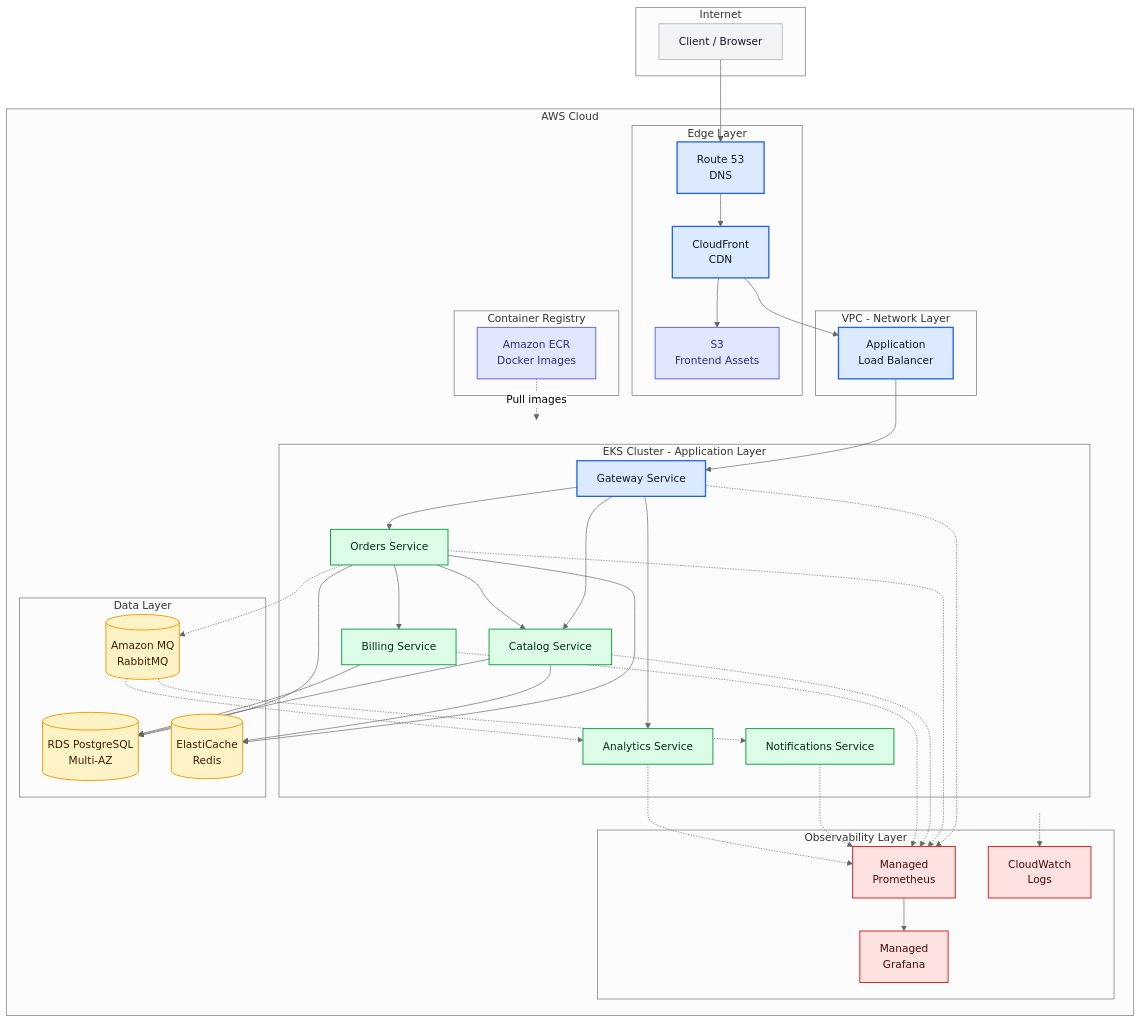
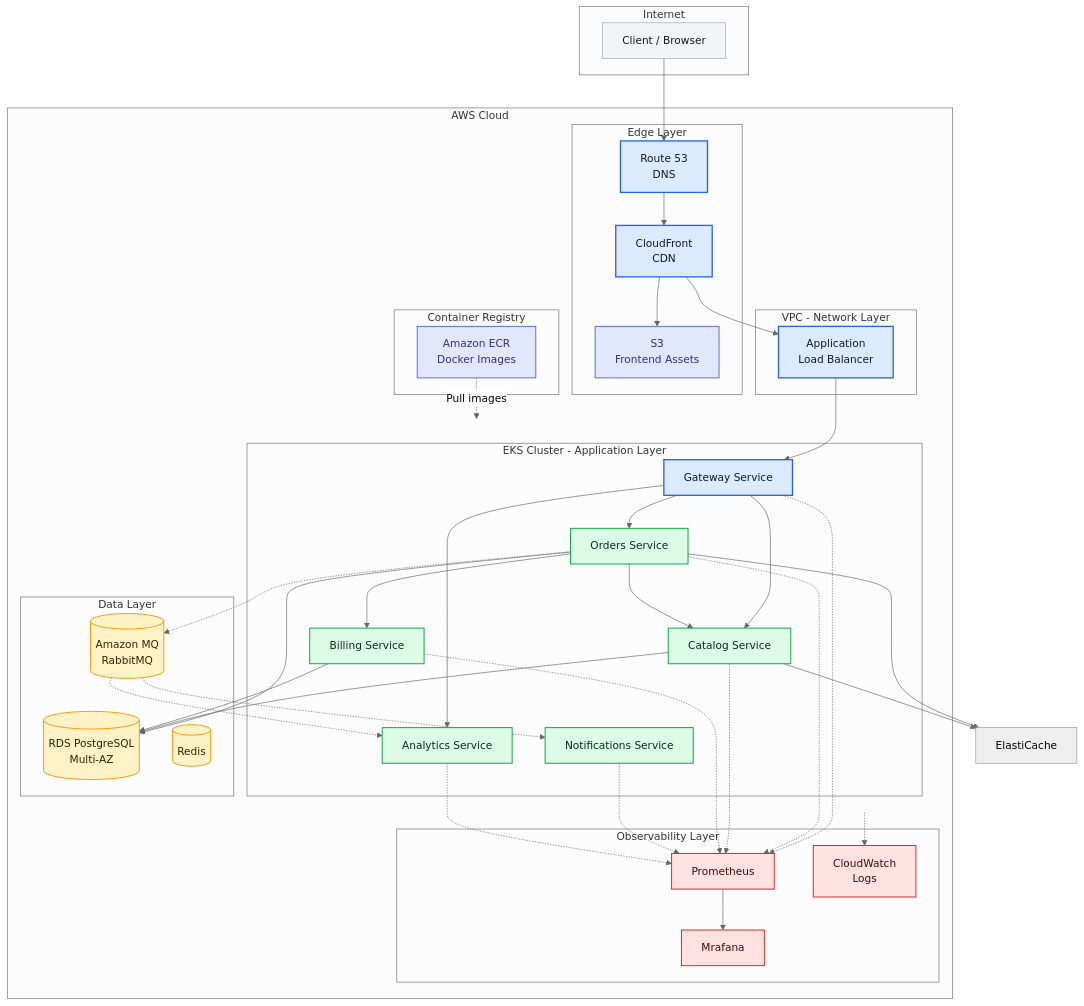
Before and after one commit to SaschaMoellering/acmecorp-platform: the diagram in docs/episodes/episode-08/assets/diagrams/E08-D01-aws-reference-architecture.md, drawn with Mermaid (neutral theme). The commit also changed 5 other files, not shown here.

```diff
--- a/docs/episodes/episode-08/assets/diagrams/E08-D01-aws-reference-architecture.md
+++ b/docs/episodes/episode-08/assets/diagrams/E08-D01-aws-reference-architecture.md
@@ -37,12 +37,12 @@
     subgraph Data["Data Layer"]
         RDS[(RDS PostgreSQL<br/>Multi-AZ)]:::infra
         MQ[(Amazon MQ<br/>RabbitMQ)]:::infra
-        ElastiCache[(ElastiCache<br/>Redis)]:::infra
+        Redis[(Redis)]:::infra
     end
     
     subgraph Observability["Observability Layer"]
-        Prometheus[Managed<br/>Prometheus]:::observability
-        Grafana[Managed<br/>Grafana]:::observability
+        Prometheus[Prometheus]:::observability
+        Grafana[Mrafana]:::observability
         CloudWatch[CloudWatch<br/>Logs]:::observability
     end
     
```
